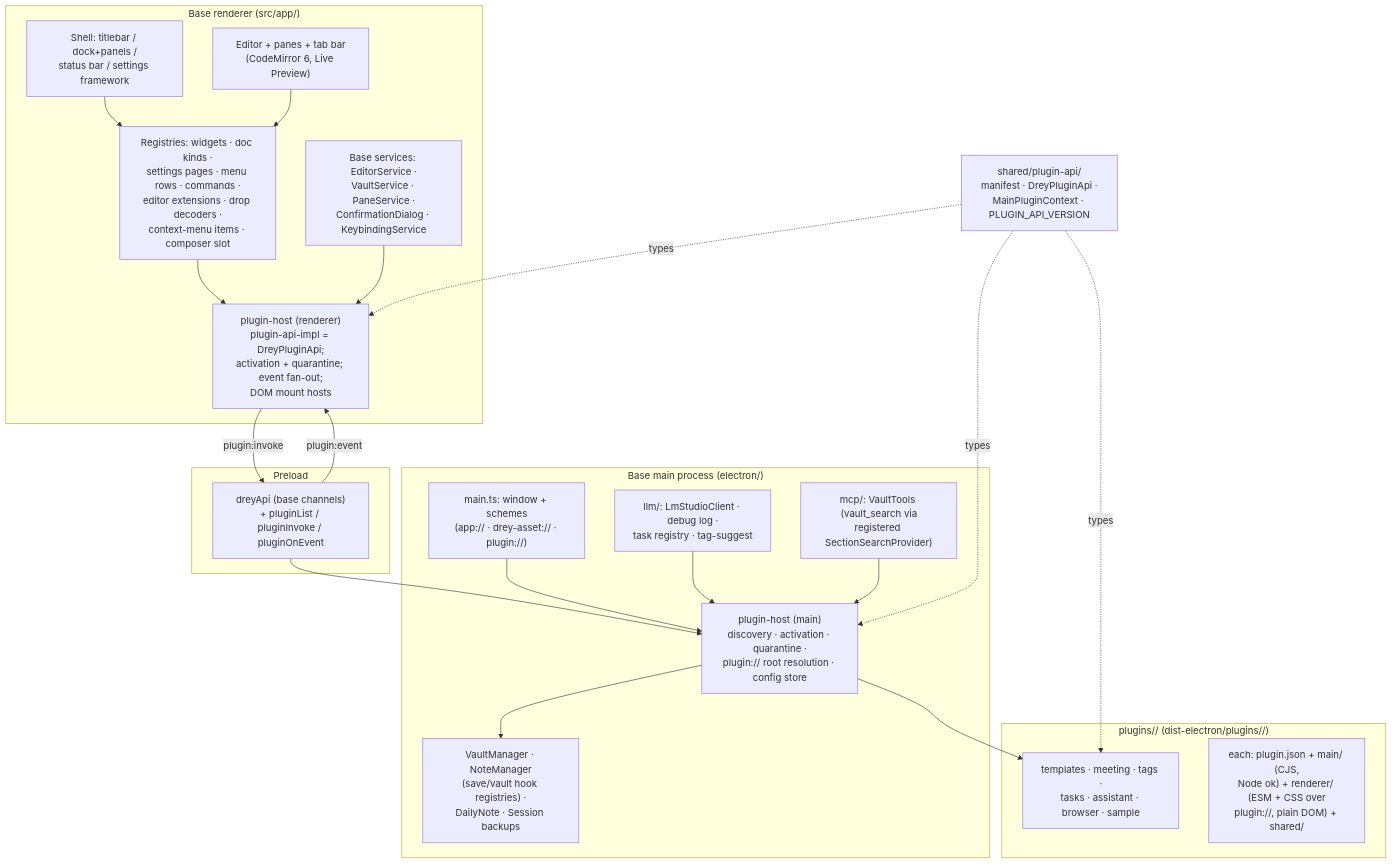
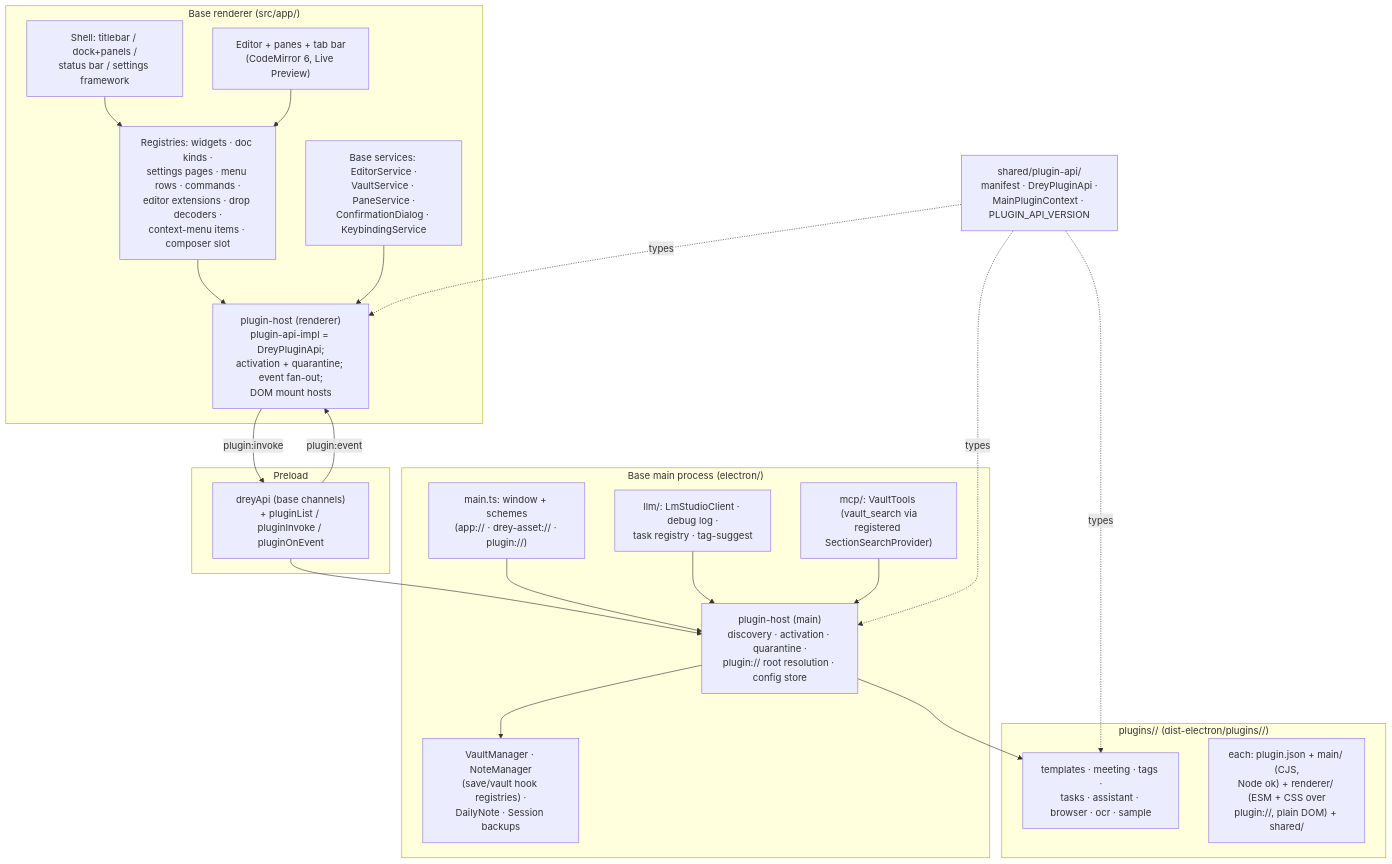
The first of 4 diagrams in docs/05_building_block_view.md (HenrikPuls/Drey), drawn with Mermaid before and after one commit. The commit also changed other lines of this file and 57 other files, not shown here.

First line of the commit message:
feat(assistant,ocr): live edit mode + vision-LLM OCR (milestones 26+27, Req-32/ADR-0049, ADR-0050)

````diff
--- a/docs/05_building_block_view.md
+++ b/docs/05_building_block_view.md
@@ -90,41 +91,41 @@
 ```mermaid
 graph TB
     subgraph PR["Base renderer (src/app/)"]
         Shell["Shell: titlebar / dock+panels /\nstatus bar / settings framework"]
         Editor["Editor + panes + tab bar\n(CodeMirror 6, Live Preview)"]
         Registries["Registries: widgets · doc kinds ·\nsettings pages · menu rows · commands ·\neditor extensions · drop decoders ·\ncontext-menu items · composer slot"]
         HostR["plugin-host (renderer)\nplugin-api-impl = DreyPluginApi;\nactivation + quarantine; event fan-out;\nDOM mount hosts"]
         Services["Base services: EditorService ·\nVaultService · PaneService ·\nConfirmationDialog · KeybindingService"]
     end
     subgraph Preload["Preload"]
         Bridge["dreyApi (base channels)\n+ pluginList / pluginInvoke / pluginOnEvent"]
     end
     subgraph Main["Base main process (electron/)"]
         MainTs["main.ts: window + schemes\n(app:// · drey-asset:// · plugin://)"]
         HostM["plugin-host (main)\ndiscovery · activation · quarantine ·\nplugin:// root resolution · config store"]
         IO["VaultManager · NoteManager\n(save/vault hook registries) ·\nDailyNote · Session backups"]
         LLM["llm/: LmStudioClient · debug log ·\ntask registry · tag-suggest"]
         MCP["mcp/: VaultTools (vault_search via\nregistered SectionSearchProvider)"]
     end
     subgraph Plugins["plugins/<id>/  (dist-electron/plugins/<id>/)"]
-        P1["templates · meeting · tags ·\ntasks · assistant · browser · sample"]
+        P1["templates · meeting · tags ·\ntasks · assistant · browser · ocr · sample"]
         P2["each: plugin.json + main/ (CJS,\nNode ok) + renderer/ (ESM + CSS over\nplugin://, plain DOM) + shared/"]
     end
     SDK["shared/plugin-api/\nmanifest · DreyPluginApi ·\nMainPluginContext · PLUGIN_API_VERSION"]
 
     Shell --> Registries
     Registries --> HostR
     Editor --> Registries
     HostR -->|"plugin:invoke"| Bridge
     Bridge -->|"plugin:event"| HostR
     Bridge --> HostM
     HostM --> P1
     MainTs --> HostM
     HostM --> IO
     Services --> HostR
     LLM --> HostM
     MCP --> HostM
     SDK -.->|types| HostR
     SDK -.->|types| HostM
     SDK -.->|types| P1
 ```
````
